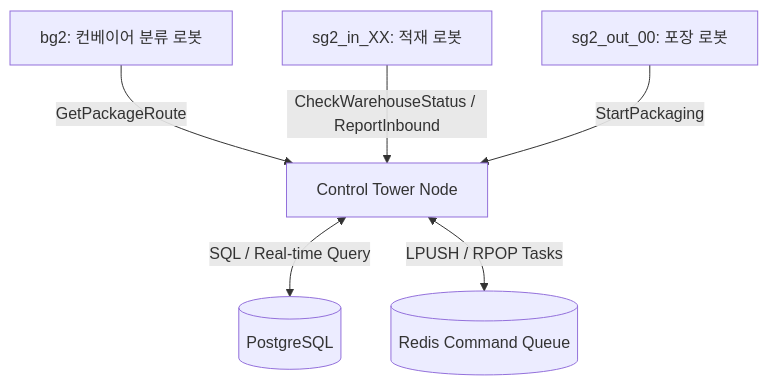
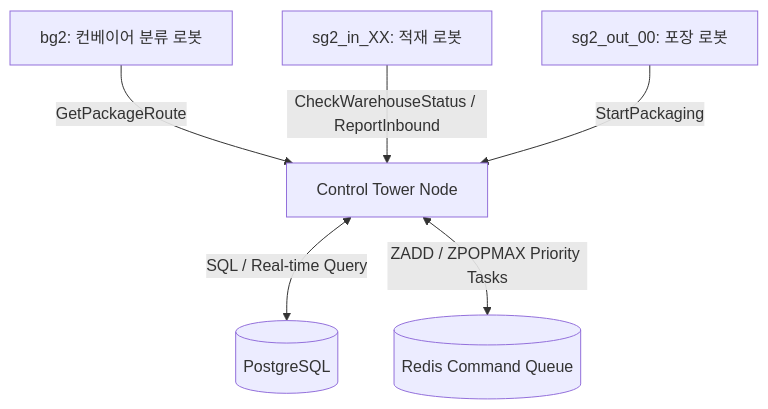
One commit to yjhyun0613/cobot3_ws changed the first of 2 diagrams in AI_AGENT_GUIDE.md. Above: the diagram before and after it, drawn with Mermaid. The commit also changed other lines of this file and 15 other files, not shown here.

Commit message:
feat: implement A/B double buffer, Redis ZSET priority queue, 180-deg rotation & sync docs

````diff
--- a/AI_AGENT_GUIDE.md
+++ b/AI_AGENT_GUIDE.md
@@ -14,8 +14,8 @@
 ```mermaid
 graph TD
     Sorter[bg2: 컨베이어 분류 로봇] -->|GetPackageRoute| CT[Control Tower Node]
     Inbound[sg2_in_XX: 적재 로봇] -->|CheckWarehouseStatus / ReportInbound| CT
     Outbound[sg2_out_00: 포장 로봇] -->|StartPackaging| CT
     CT <-->|SQL / Real-time Query| DB[(PostgreSQL)]
-    CT <-->|LPUSH / RPOP Tasks| Redis[(Redis Command Queue)]
+    CT <-->|ZADD / ZPOPMAX Priority Tasks| Redis[(Redis Command Queue)]
 ```
````
